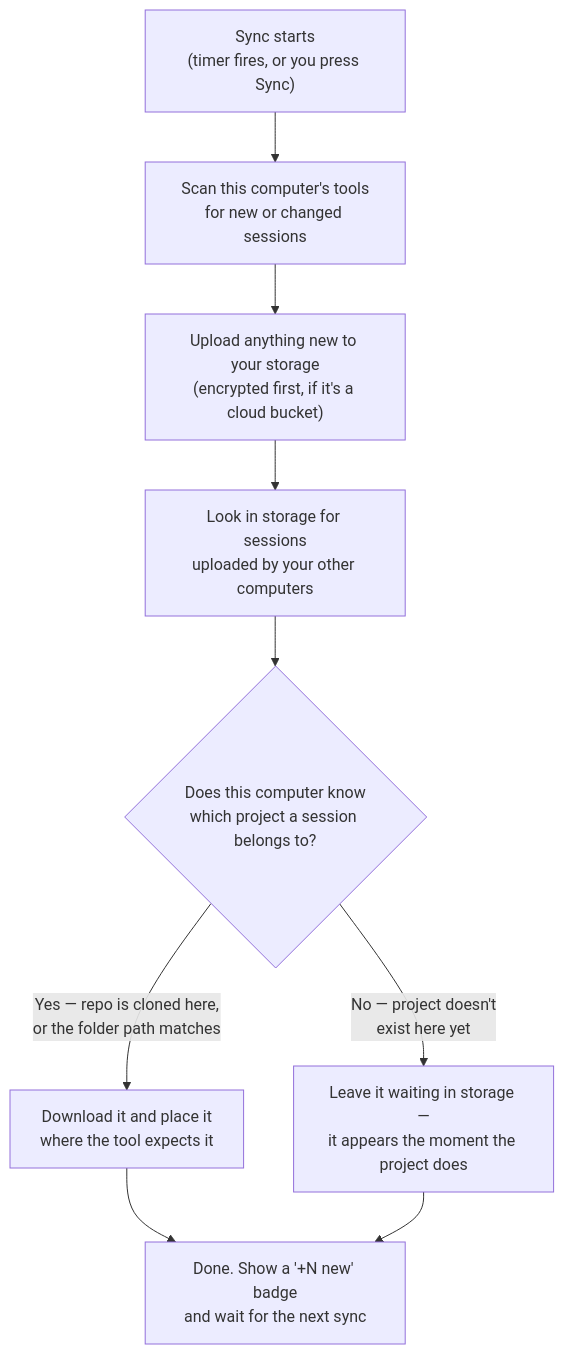
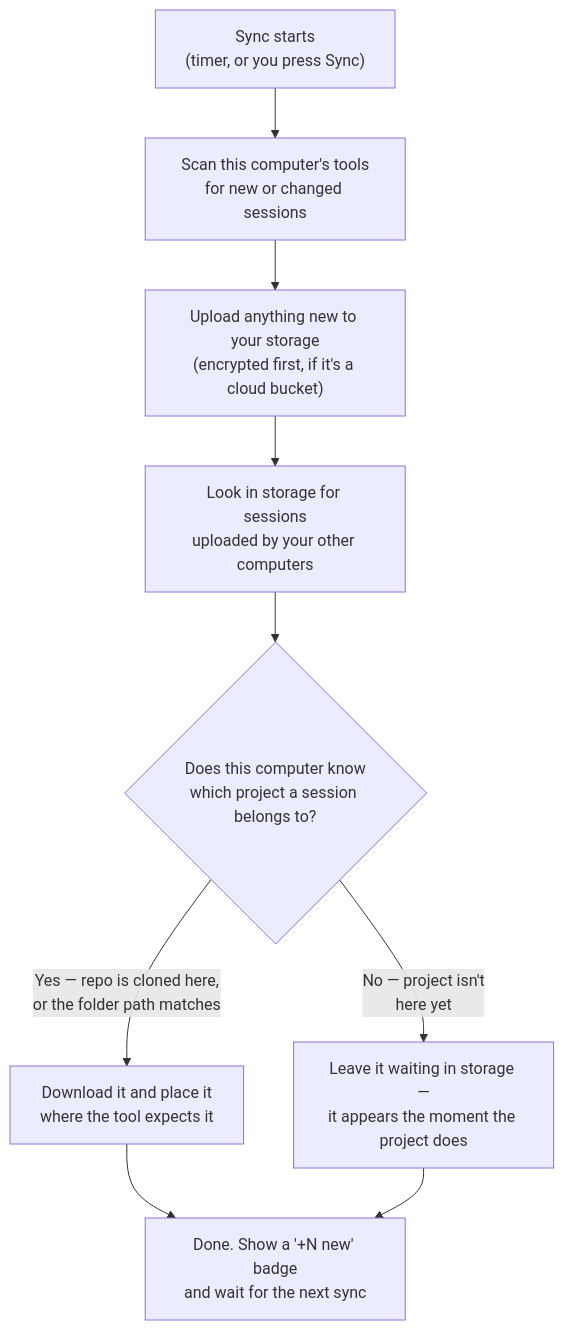
One commit to keskolab/vibesync changed the diagram in README.md. Above: the diagram before and after it, drawn with Mermaid. The commit also changed other lines of this file and 3 other files, not shown here.

````diff
--- a/README.md
+++ b/README.md
@@ -33,11 +121,11 @@
 ```mermaid
 flowchart TD
-    A["Sync starts<br/>(timer fires, or you press Sync)"] --> B["Scan this computer's tools<br/>for new or changed sessions"]
+    A["Sync starts<br/>(timer, or you press Sync)"] --> B["Scan this computer's tools<br/>for new or changed sessions"]
     B --> C["Upload anything new to your storage<br/>(encrypted first, if it's a cloud bucket)"]
     C --> D["Look in storage for sessions<br/>uploaded by your other computers"]
     D --> E{"Does this computer know<br/>which project a session belongs to?"}
     E -- "Yes — repo is cloned here,<br/>or the folder path matches" --> F["Download it and place it<br/>where the tool expects it"]
-    E -- "No — project doesn't<br/>exist here yet" --> G["Leave it waiting in storage —<br/>it appears the moment the project does"]
+    E -- "No — project isn't<br/>here yet" --> G["Leave it waiting in storage —<br/>it appears the moment the project does"]
     F --> H["Done. Show a '+N new' badge<br/>and wait for the next sync"]
     G --> H
 ```
````
